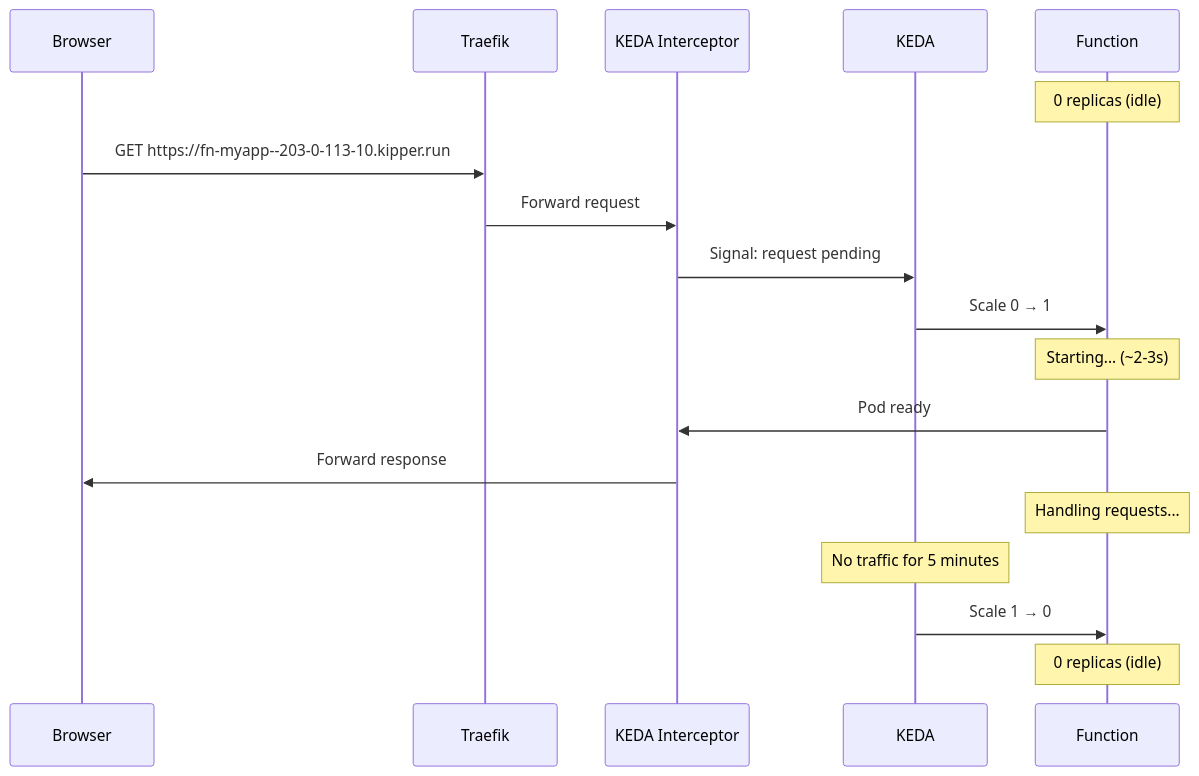
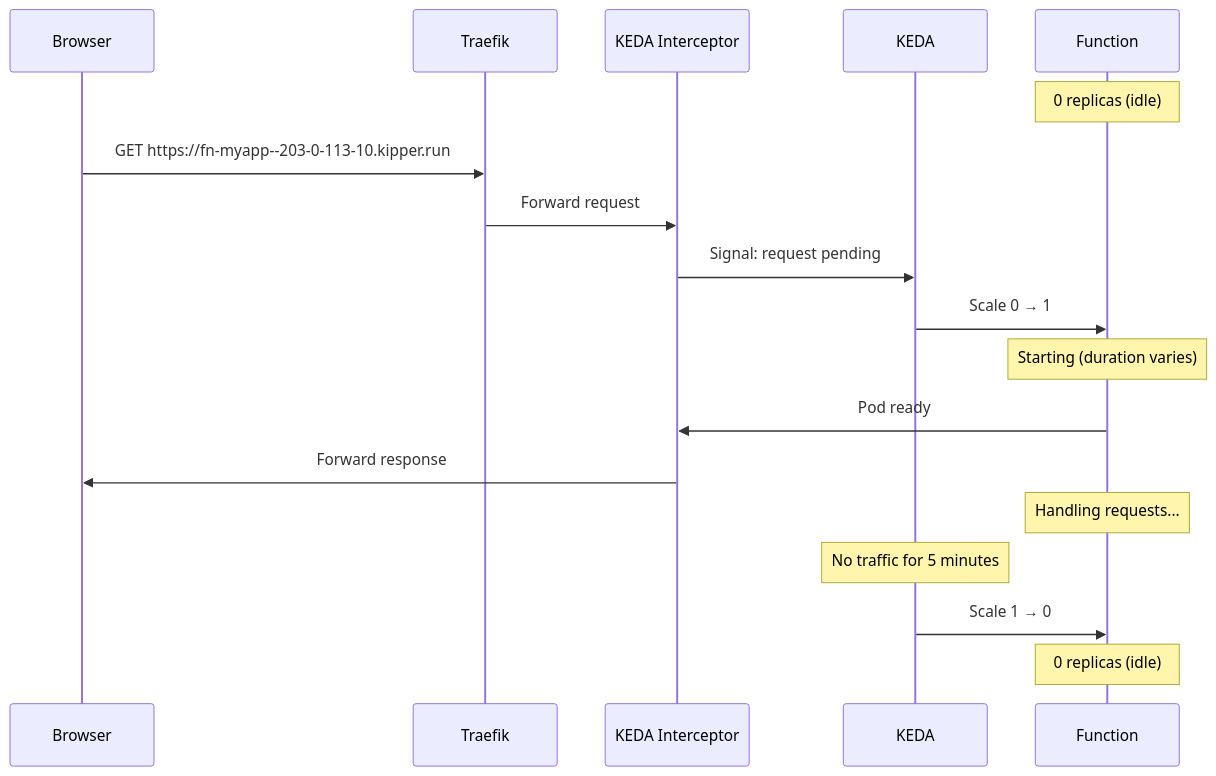
The first of 2 diagrams in docs/en/functions.md (getkipper/kipper), drawn with Mermaid before and after one commit. The commit also changed other lines of this file and 4 other files, not shown here.

````diff
--- a/docs/en/functions.md
+++ b/docs/en/functions.md
@@ -322,21 +307,21 @@
 ```mermaid
 sequenceDiagram
     participant Browser
     participant Traefik
     participant Interceptor as KEDA Interceptor
     participant KEDA
     participant Function
 
     Note over Function: 0 replicas (idle)
     Browser->>Traefik: GET https://fn-myapp--203-0-113-10.kipper.run
     Traefik->>Interceptor: Forward request
     Interceptor->>KEDA: Signal: request pending
     KEDA->>Function: Scale 0 → 1
-    Note over Function: Starting... (~2-3s)
+    Note over Function: Starting (duration varies)
     Function->>Interceptor: Pod ready
     Interceptor->>Browser: Forward response
     Note over Function: Handling requests...
     Note over KEDA: No traffic for 5 minutes
     KEDA->>Function: Scale 1 → 0
     Note over Function: 0 replicas (idle)
 ```
````
